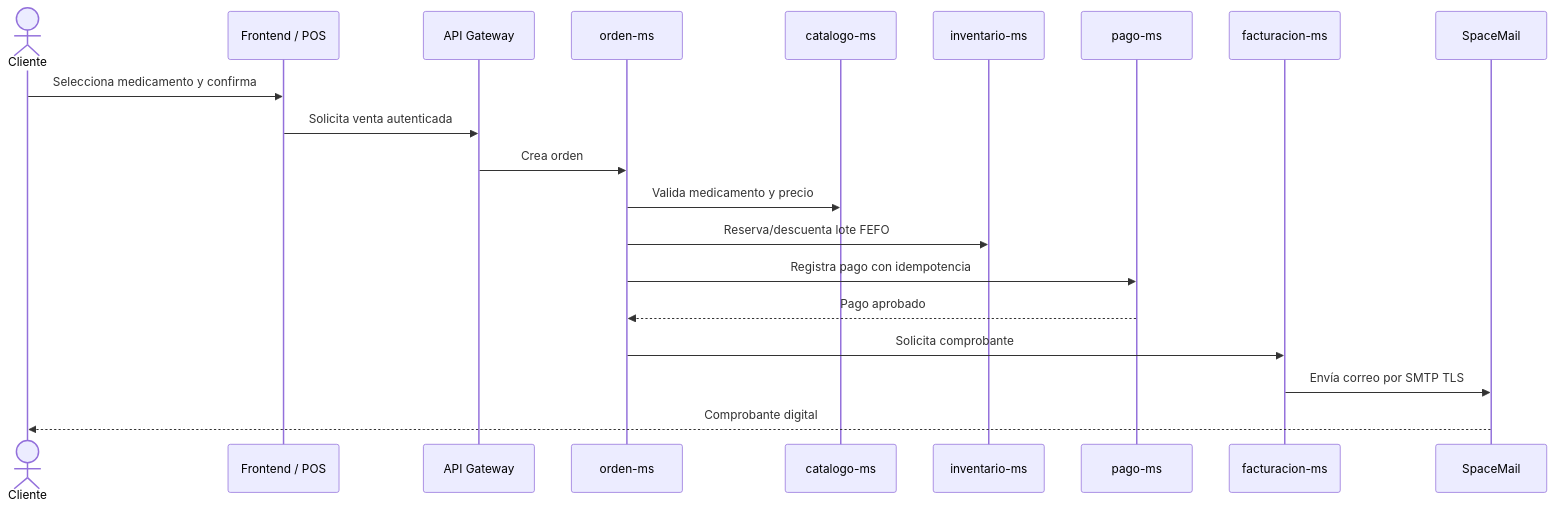
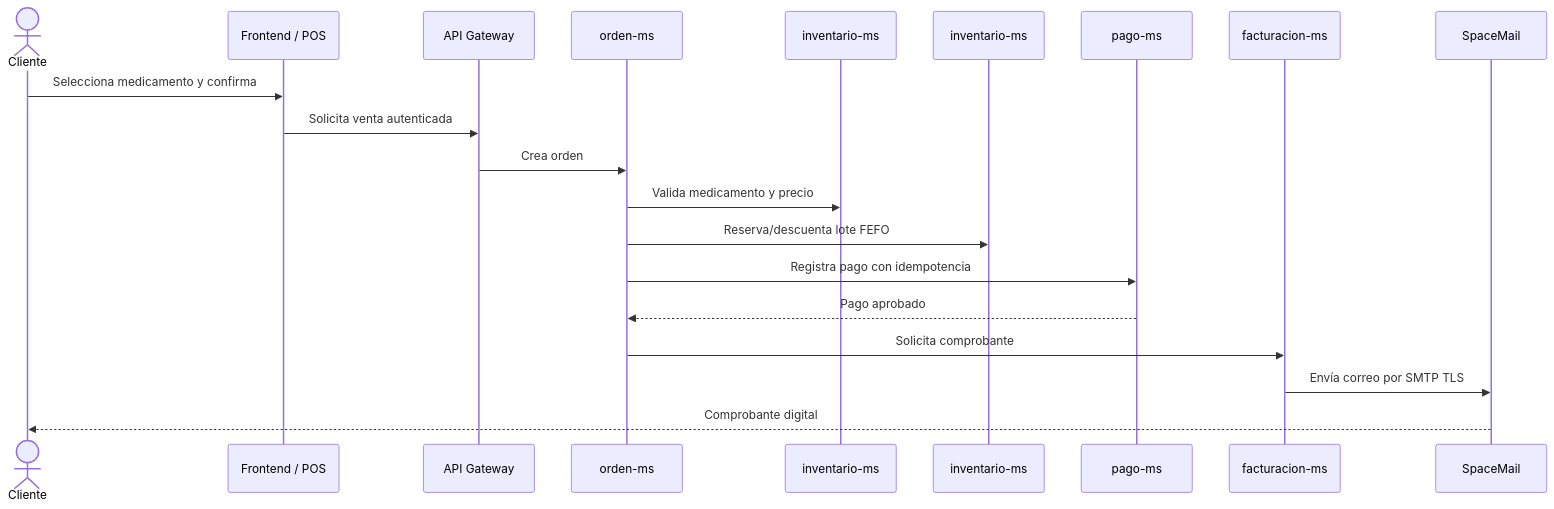
One commit to rbn-69-cod/MediZano_microservicios changed the third of 7 diagrams in docs/index.md. Above: the diagram before and after it, drawn with Mermaid. The commit also changed other lines of this file and 68 other files, not shown here.

````diff
--- a/docs/index.md
+++ b/docs/index.md
@@ -161,22 +161,22 @@
 ```mermaid
 sequenceDiagram
     actor Cliente
     participant POS as Frontend / POS
     participant G as API Gateway
     participant O as orden-ms
-    participant C as catalogo-ms
+    participant C as inventario-ms
     participant I as inventario-ms
     participant P as pago-ms
     participant F as facturacion-ms
     participant S as SpaceMail
     Cliente->>POS: Selecciona medicamento y confirma
     POS->>G: Solicita venta autenticada
     G->>O: Crea orden
     O->>C: Valida medicamento y precio
     O->>I: Reserva/descuenta lote FEFO
     O->>P: Registra pago con idempotencia
     P-->>O: Pago aprobado
     O->>F: Solicita comprobante
     F->>S: Envía correo por SMTP TLS
     S-->>Cliente: Comprobante digital
 ```
````
